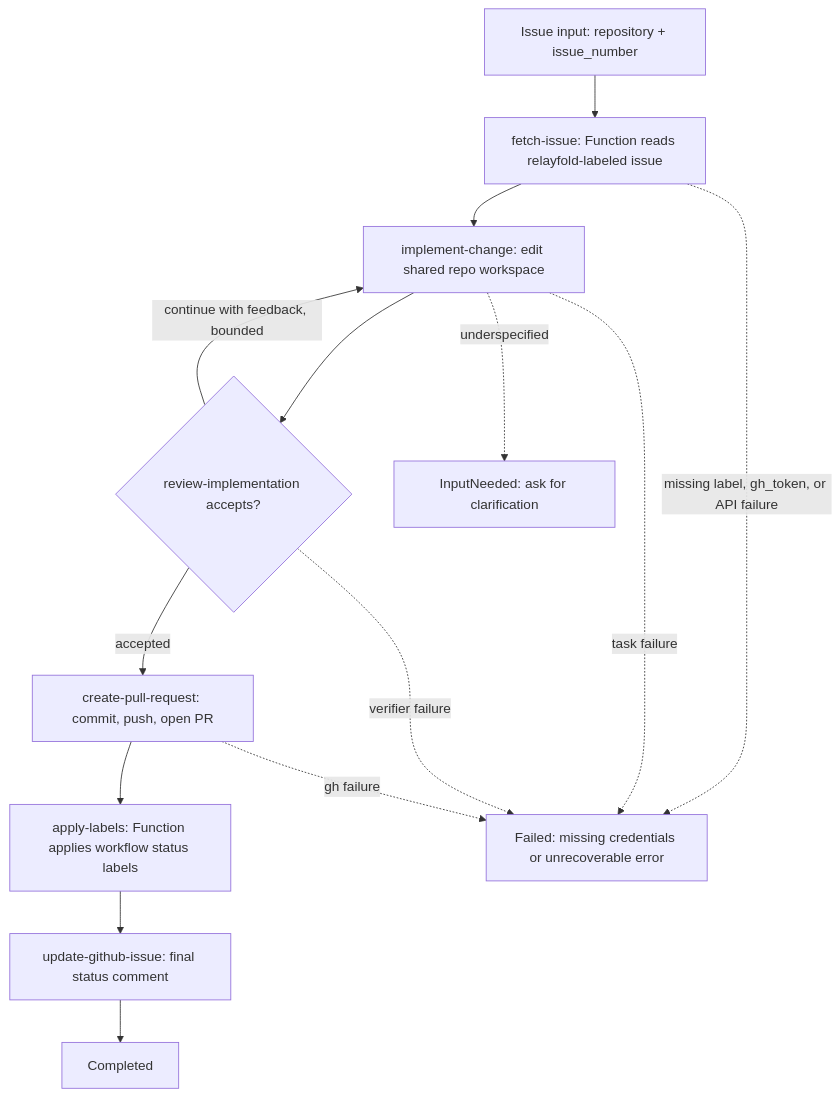
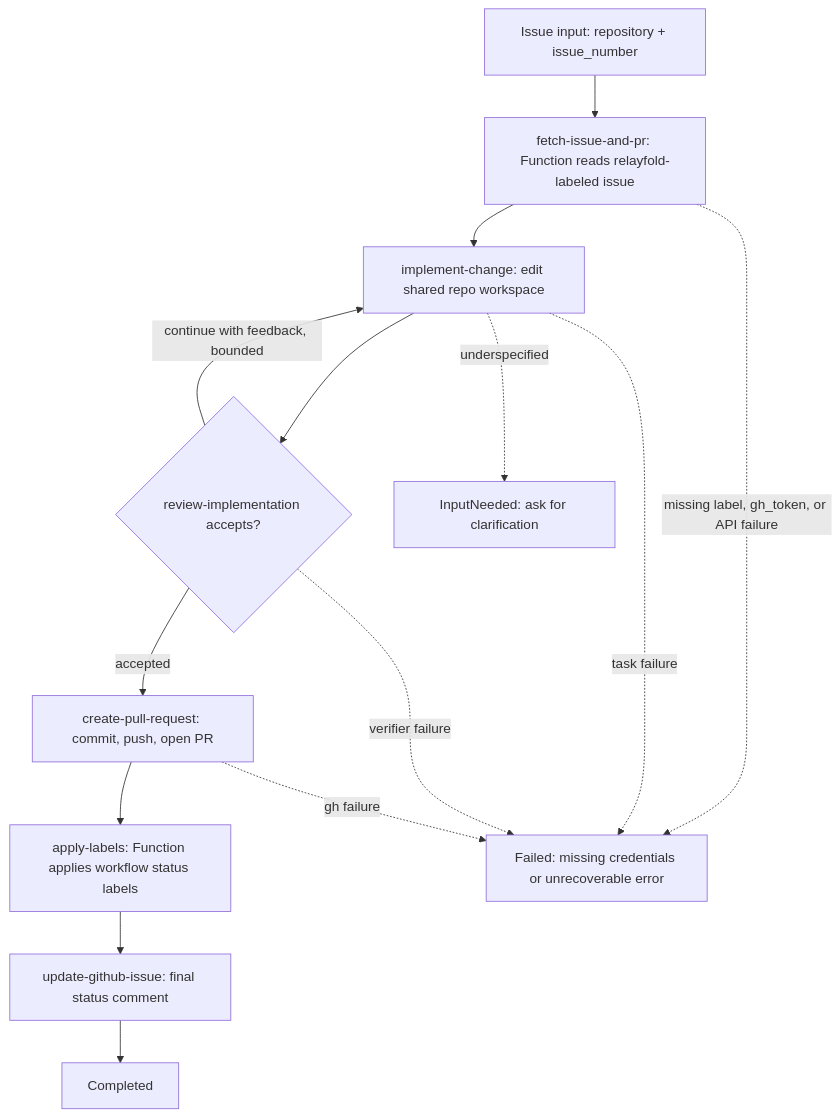
Before and after one commit to parsablelabs/relayfold: the diagram in website/src/content/docs/docs/examples/github-issue-pr-workflow.md, drawn with Mermaid. The commit also changed other lines of this file and 6 other files, not shown here.

```diff
--- a/website/src/content/docs/docs/examples/github-issue-pr-workflow.md
+++ b/website/src/content/docs/docs/examples/github-issue-pr-workflow.md
@@ -51,26 +51,26 @@
 <pre class="mermaid">
 flowchart TD
     Input["Issue input: repository + issue_number"]
-    Fetch["fetch-issue: Function reads relayfold-labeled issue"]
+    Fetch["fetch-issue-and-pr: Function reads relayfold-labeled issue"]
     Implement["implement-change: edit shared repo workspace"]
     Review{"review-implementation accepts?"}
     PR["create-pull-request: commit, push, open PR"]
     Mark["apply-labels: Function applies workflow status labels"]
     Comment["update-github-issue: final status comment"]
     Done["Completed"]
     Clarify["InputNeeded: ask for clarification"]
     Failed["Failed: missing credentials or unrecoverable error"]
     Input --> Fetch
     Fetch --> Implement
     Implement --> Review
     Review -->|continue with feedback, bounded| Implement
     Review -->|accepted| PR
     PR --> Mark
     Mark --> Comment
     Comment --> Done
     Implement -. underspecified .-> Clarify
     Fetch -. missing label, gh_token, or API failure .-> Failed
     Implement -. task failure .-> Failed
     Review -. verifier failure .-> Failed
     PR -. gh failure .-> Failed
 </pre>
```
